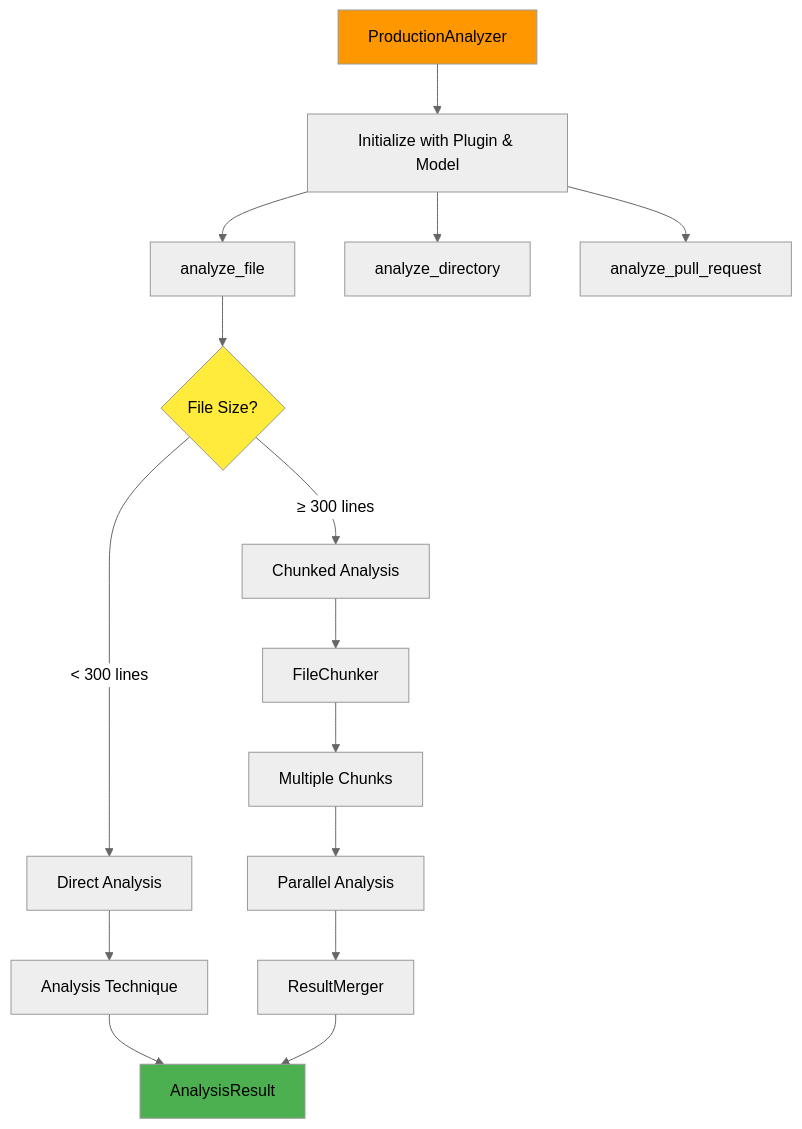
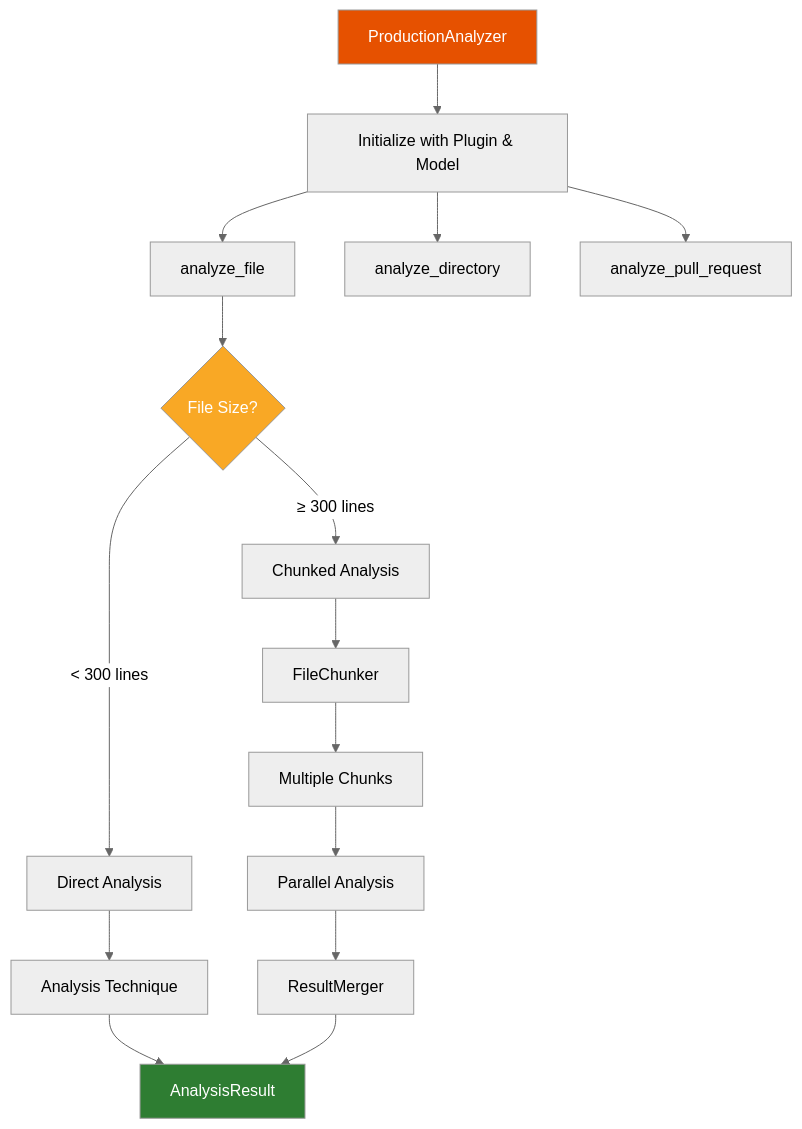
Before and after one commit to ApeachM/llm-code-reviewer: the third of 9 diagrams in docs/architecture/overview.md, drawn with Mermaid (neutral theme). The commit also changed other lines of this file and 2 other files, not shown here.

First line of the commit message:
docs: Update Mermaid diagram colors for improved dark theme readability

````diff
--- a/docs/architecture/overview.md
+++ b/docs/architecture/overview.md
@@ -140,25 +140,25 @@
 ```mermaid
 graph TD
     PA[ProductionAnalyzer]
     PA --> Init[Initialize with Plugin & Model]
     Init --> File[analyze_file]
     Init --> Dir[analyze_directory]
     Init --> PR[analyze_pull_request]
 
     File --> Check{File Size?}
     Check -->|< 300 lines| Direct[Direct Analysis]
     Check -->|≥ 300 lines| Chunk[Chunked Analysis]
 
     Direct --> Technique[Analysis Technique]
     Chunk --> Chunker[FileChunker]
     Chunker --> Multiple[Multiple Chunks]
     Multiple --> Parallel[Parallel Analysis]
     Parallel --> Merge[ResultMerger]
 
     Technique --> Result[AnalysisResult]
     Merge --> Result
 
-    style PA fill:#ff9800
-    style Check fill:#ffeb3b
-    style Result fill:#4caf50
+    style PA fill:#e65100,color:#fff
+    style Check fill:#f9a825,color:#fff
+    style Result fill:#2e7d32,color:#fff
 ```
````
